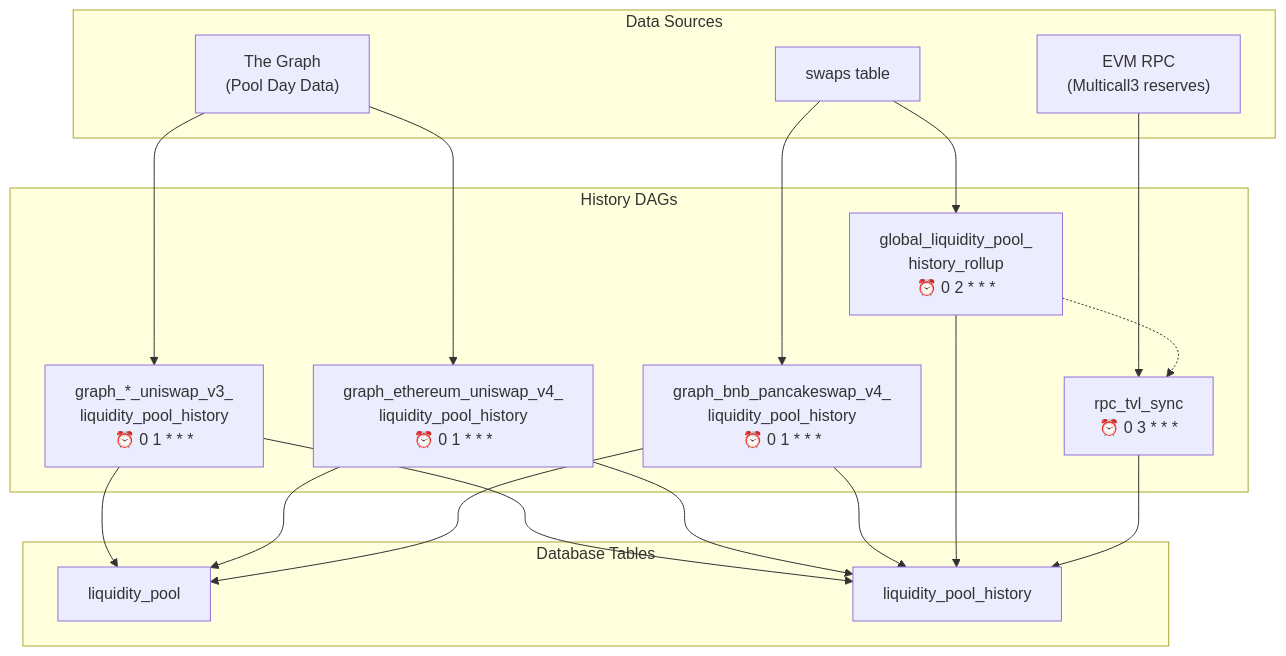
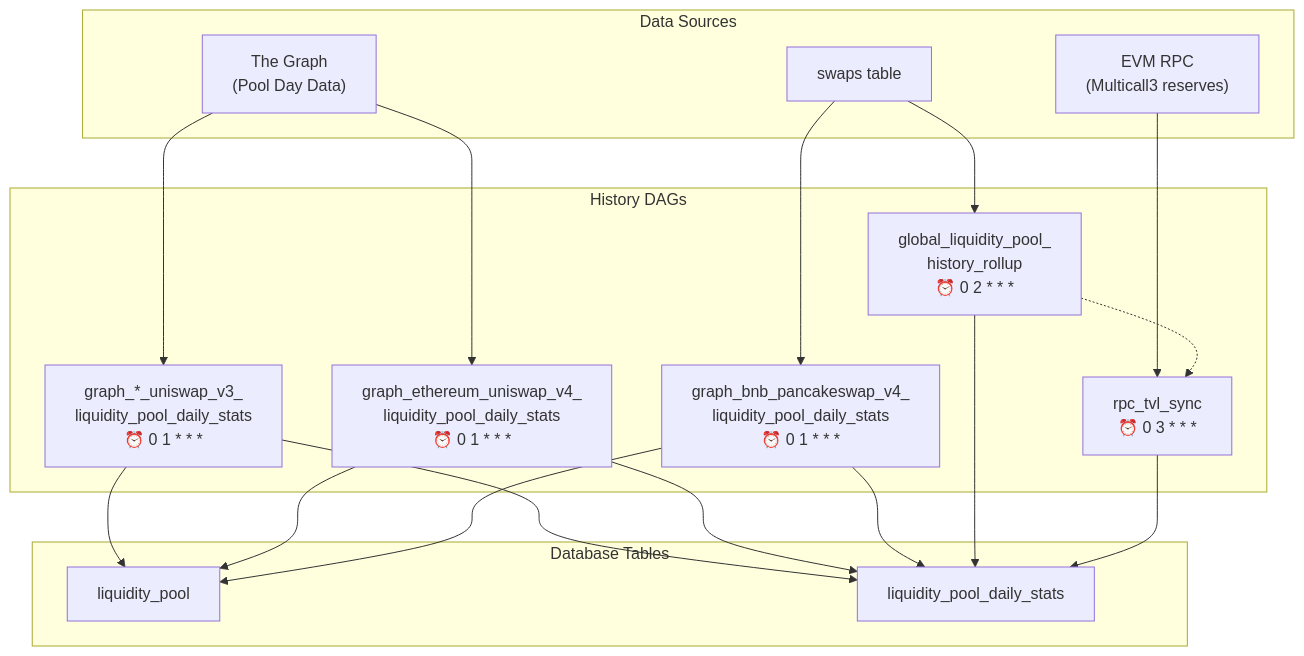
The fourth of 6 diagrams in chain-feeder/docs/DAGS.md (bekisz/chaintelligence), drawn with Mermaid before and after one commit. The commit also changed other lines of this file and 76 other files, not shown here.

Commit message:
feat: daily-stats window_stats/apr in object model, DAG renames to daily_stats, and routing refinements

````diff
--- a/chain-feeder/docs/DAGS.md
+++ b/chain-feeder/docs/DAGS.md
@@ -240,37 +240,37 @@
 ```mermaid
 graph TD
     subgraph Sources["Data Sources"]
         GRAPH_H["The Graph<br/>(Pool Day Data)"]
         SWAPS_T["swaps table"]
         RPC_TVL["EVM RPC<br/>(Multicall3 reserves)"]
     end
 
     subgraph DAGs["History DAGs"]
-        V3H["graph_*_uniswap_v3_<br/>liquidity_pool_history<br/>⏰ 0 1 * * *"]
-        V4H["graph_ethereum_uniswap_v4_<br/>liquidity_pool_history<br/>⏰ 0 1 * * *"]
-        PCS["graph_bnb_pancakeswap_v4_<br/>liquidity_pool_history<br/>⏰ 0 1 * * *"]
+        V3H["graph_*_uniswap_v3_<br/>liquidity_pool_daily_stats<br/>⏰ 0 1 * * *"]
+        V4H["graph_ethereum_uniswap_v4_<br/>liquidity_pool_daily_stats<br/>⏰ 0 1 * * *"]
+        PCS["graph_bnb_pancakeswap_v4_<br/>liquidity_pool_daily_stats<br/>⏰ 0 1 * * *"]
         ROLLUP["global_liquidity_pool_<br/>history_rollup<br/>⏰ 0 2 * * *"]
         TVL["rpc_tvl_sync<br/>⏰ 0 3 * * *"]
     end
 
     GRAPH_H --> V3H
     GRAPH_H --> V4H
     SWAPS_T --> ROLLUP
     SWAPS_T --> PCS
     RPC_TVL --> TVL
     ROLLUP -.-> TVL
 
     subgraph Tables["Database Tables"]
         LP_T["liquidity_pool"]
-        LPH_T["liquidity_pool_history"]
+        LPH_T["liquidity_pool_daily_stats"]
     end
 
     V3H --> LP_T
     V3H --> LPH_T
     V4H --> LP_T
     V4H --> LPH_T
     PCS --> LP_T
     PCS --> LPH_T
     ROLLUP --> LPH_T
     TVL --> LPH_T
 ```
````
